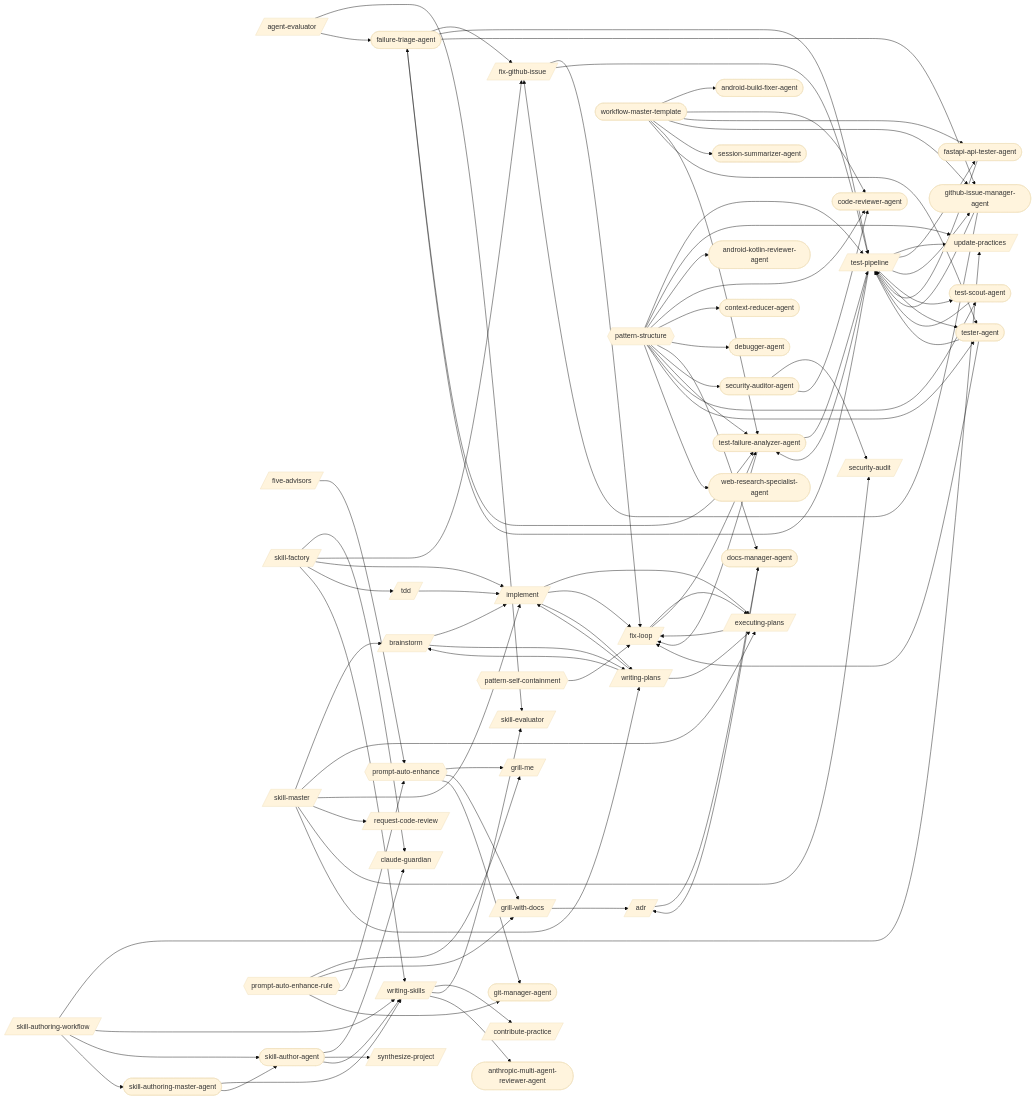
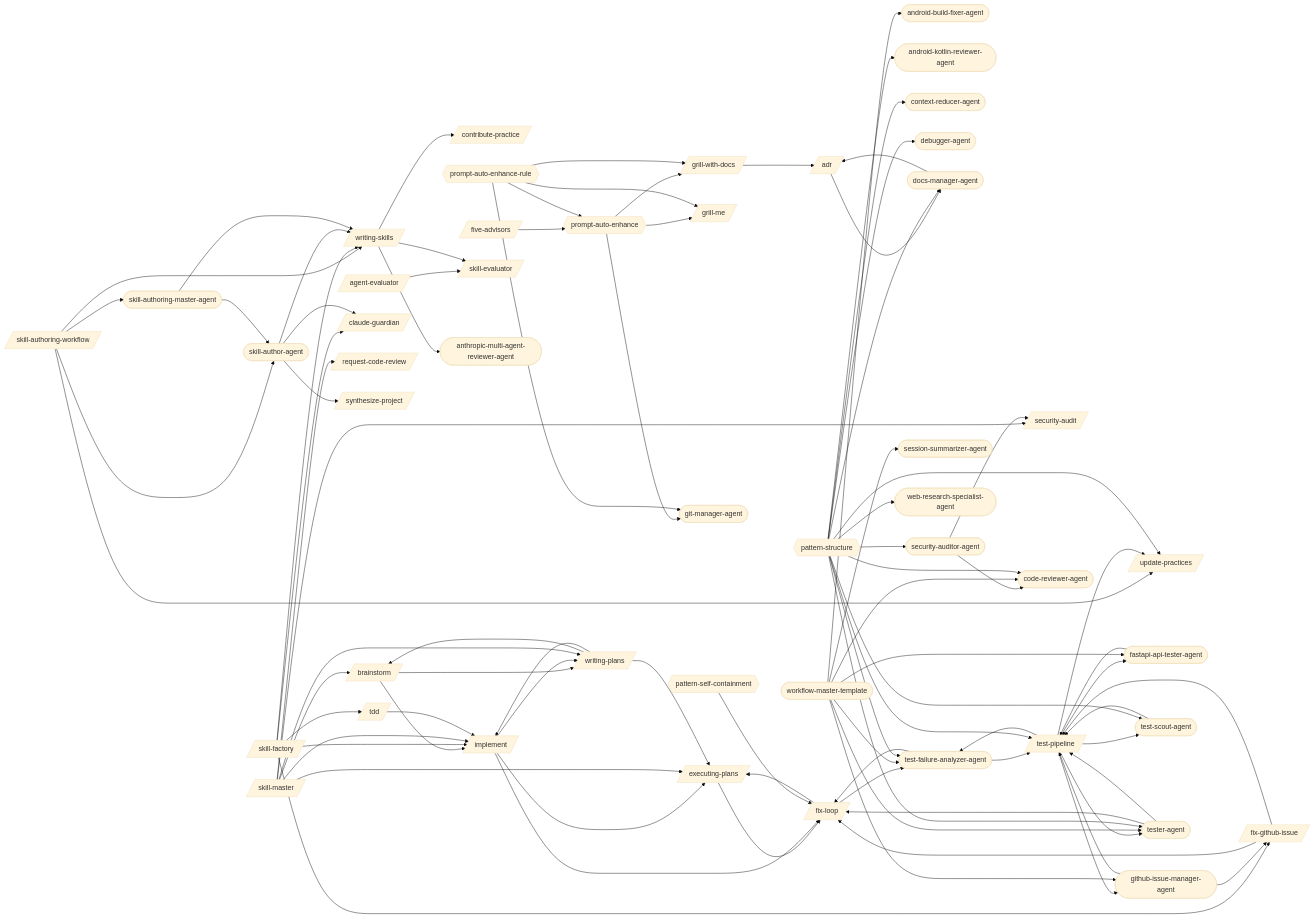
The first of 29 diagrams in docs/workflows/skill-authoring.md (abhayla/claude-best-practices), drawn with Mermaid (base theme) before and after one commit. The commit also changed other lines of this file and 46 other files, not shown here.

```diff
--- a/docs/workflows/skill-authoring.md
+++ b/docs/workflows/skill-authoring.md
@@ -39,7 +39,6 @@
     context_reducer_agent([context-reducer-agent])
     debugger_agent([debugger-agent])
     docs_manager_agent([docs-manager-agent])
-    failure_triage_agent([failure-triage-agent])
     fastapi_api_tester_agent([fastapi-api-tester-agent])
     git_manager_agent([git-manager-agent])
     github_issue_manager_agent([github-issue-manager-agent])
@@ -58,7 +57,6 @@
     prompt_auto_enhance_rule{{prompt-auto-enhance-rule}}
     adr --> docs_manager_agent
     agent_evaluator --> skill_evaluator
-    agent_evaluator --> failure_triage_agent
     brainstorm --> implement
     brainstorm --> writing_plans
     executing_plans --> fix_loop
@@ -91,7 +89,6 @@
     skill_master --> writing_plans
     tdd --> implement
     test_pipeline --> update_practices
-    test_pipeline --> failure_triage_agent
     test_pipeline --> fastapi_api_tester_agent
     test_pipeline --> github_issue_manager_agent
     test_pipeline --> test_failure_analyzer_agent
@@ -104,10 +101,6 @@
     writing_skills --> skill_evaluator
     writing_skills --> anthropic_multi_agent_reviewer_agent
     docs_manager_agent --> adr
-    failure_triage_agent --> fix_github_issue
-    failure_triage_agent --> test_pipeline
-    failure_triage_agent --> github_issue_manager_agent
-    failure_triage_agent --> test_failure_analyzer_agent
     fastapi_api_tester_agent --> test_pipeline
     github_issue_manager_agent --> fix_github_issue
     github_issue_manager_agent --> test_pipeline
```
